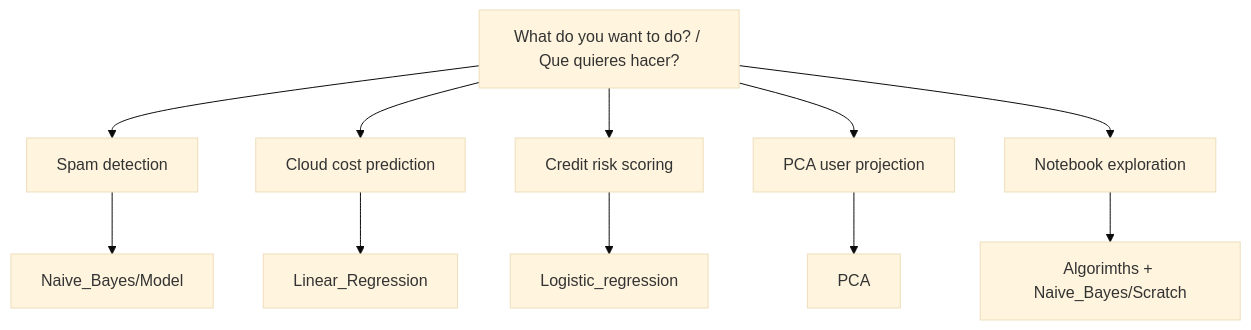
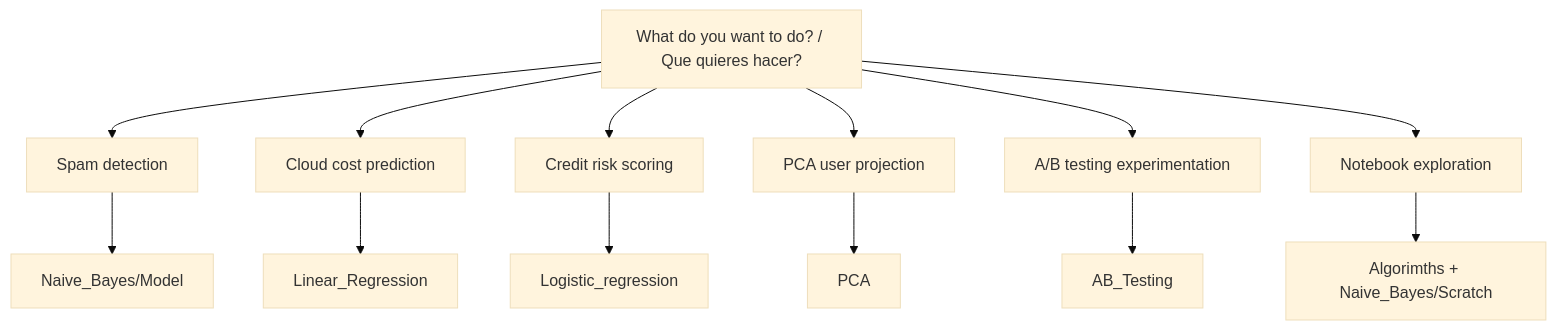
The diagram in docs/WORKFLOWS.md (0332241033-bit/Stadistics_Machine_Learning), drawn with Mermaid (base theme) before and after one commit. The commit also changed other lines of this file and 30 other files, not shown here.

````diff
--- a/docs/WORKFLOWS.md
+++ b/docs/WORKFLOWS.md
@@ -10,14 +10,16 @@
 ```mermaid
 flowchart TD
     A[What do you want to do? / Que quieres hacer?] --> B[Spam detection]
     A --> C[Cloud cost prediction]
     A --> F[Credit risk scoring]
     A --> D[PCA user projection]
+    A --> G[A/B testing experimentation]
     A --> E[Notebook exploration]
 
     B --> B1[Naive_Bayes/Model]
     C --> C1[Linear_Regression]
     F --> F1[Logistic_regression]
     D --> D1[PCA]
+    G --> G1[AB_Testing]
     E --> E1[Algorimths + Naive_Bayes/Scratch]
 ```
````
